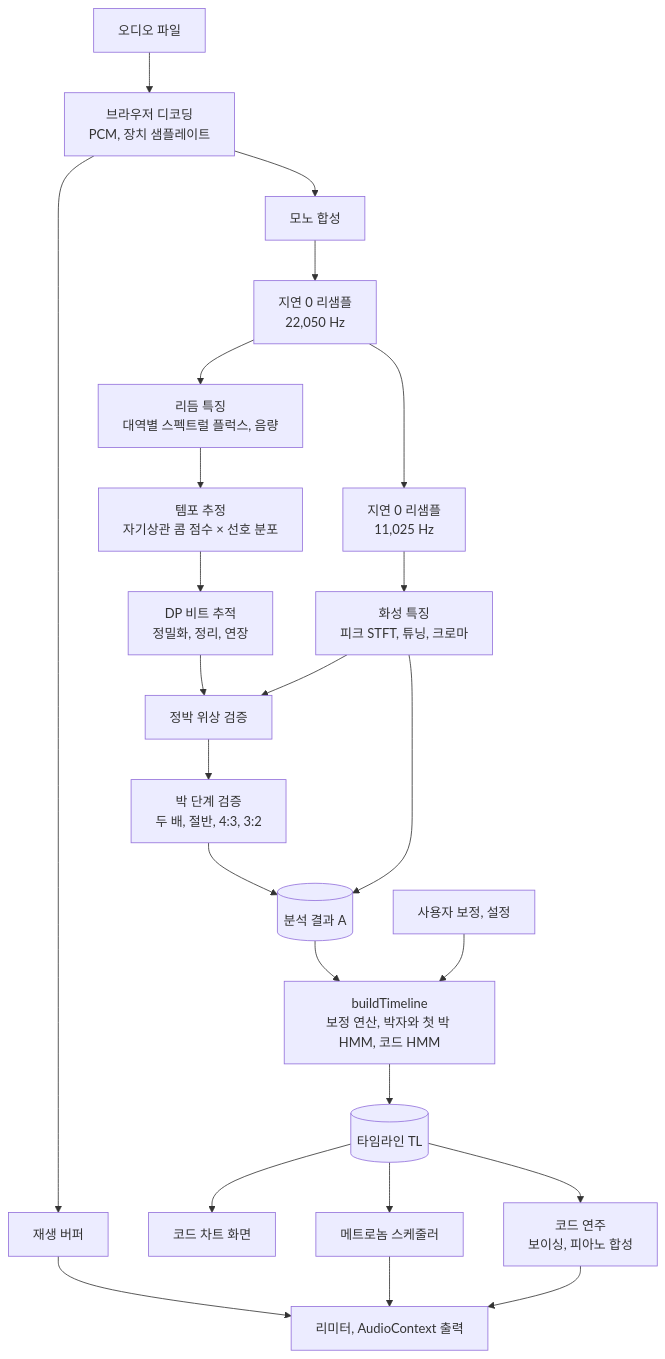
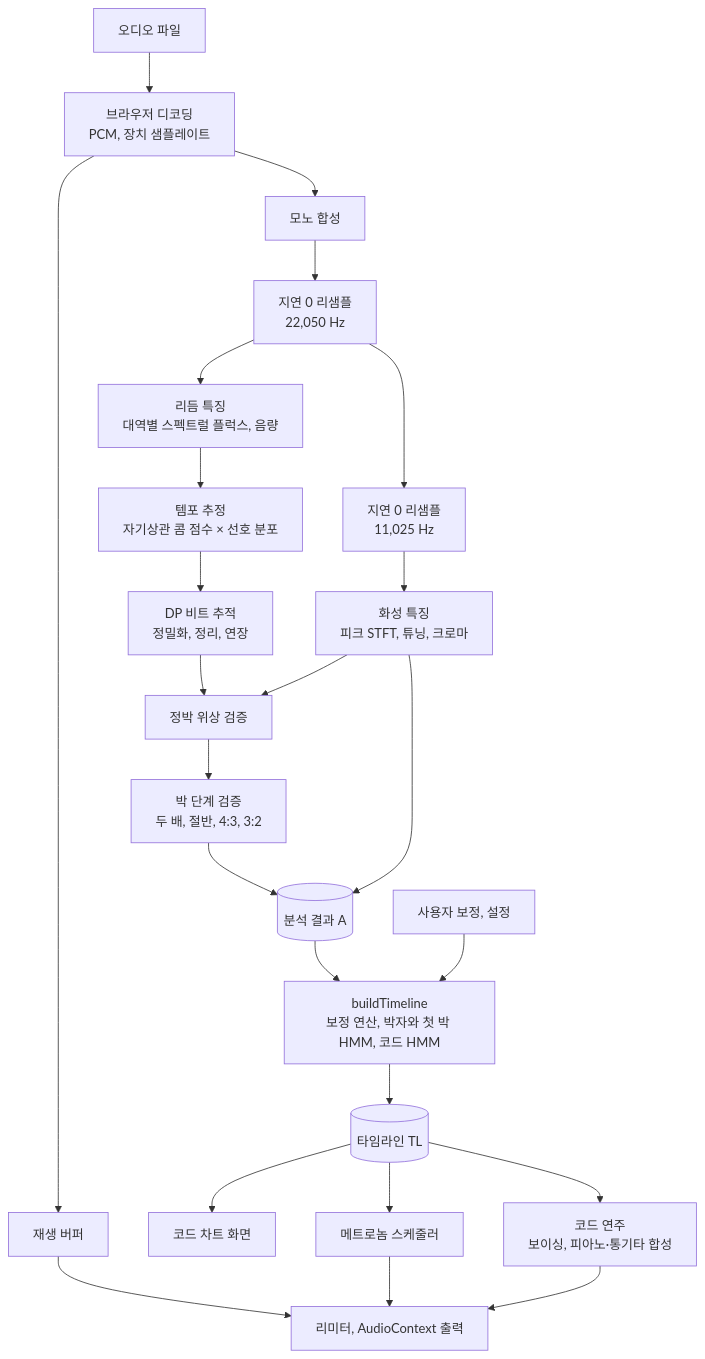
The first of 3 diagrams in README.md (Velvitty/Chordity), drawn with Mermaid before and after one commit. The commit also changed other lines of this file and 9 other files, not shown here.

````diff
--- a/README.md
+++ b/README.md
@@ -310,26 +323,26 @@
 ```mermaid
 flowchart TD
   F["오디오 파일"] --> D["브라우저 디코딩<br/>PCM, 장치 샘플레이트"]
   D --> PB["재생 버퍼"]
   D --> MO["모노 합성"]
   MO --> R22["지연 0 리샘플<br/>22,050 Hz"]
   R22 --> R11["지연 0 리샘플<br/>11,025 Hz"]
   R22 --> RF["리듬 특징<br/>대역별 스펙트럴 플럭스, 음량"]
   R11 --> HF["화성 특징<br/>피크 STFT, 튜닝, 크로마"]
   RF --> TP["템포 추정<br/>자기상관 콤 점수 × 선호 분포"]
   TP --> DP["DP 비트 추적<br/>정밀화, 정리, 연장"]
   DP --> PC["정박 위상 검증"]
   HF --> PC
   PC --> LC["박 단계 검증<br/>두 배, 절반, 4:3, 3:2"]
   LC --> A[("분석 결과 A")]
   HF --> A
   A --> BT["buildTimeline<br/>보정 연산, 박자와 첫 박 HMM, 코드 HMM"]
   U["사용자 보정, 설정"] --> BT
   BT --> TL[("타임라인 TL")]
   TL --> CH["코드 차트 화면"]
   TL --> SC["메트로놈 스케줄러"]
-  TL --> PS["코드 연주<br/>보이싱, 피아노 합성"]
+  TL --> PS["코드 연주<br/>보이싱, 피아노·통기타 합성"]
   PB --> OUT["리미터, AudioContext 출력"]
   SC --> OUT
   PS --> OUT
 ```
````
